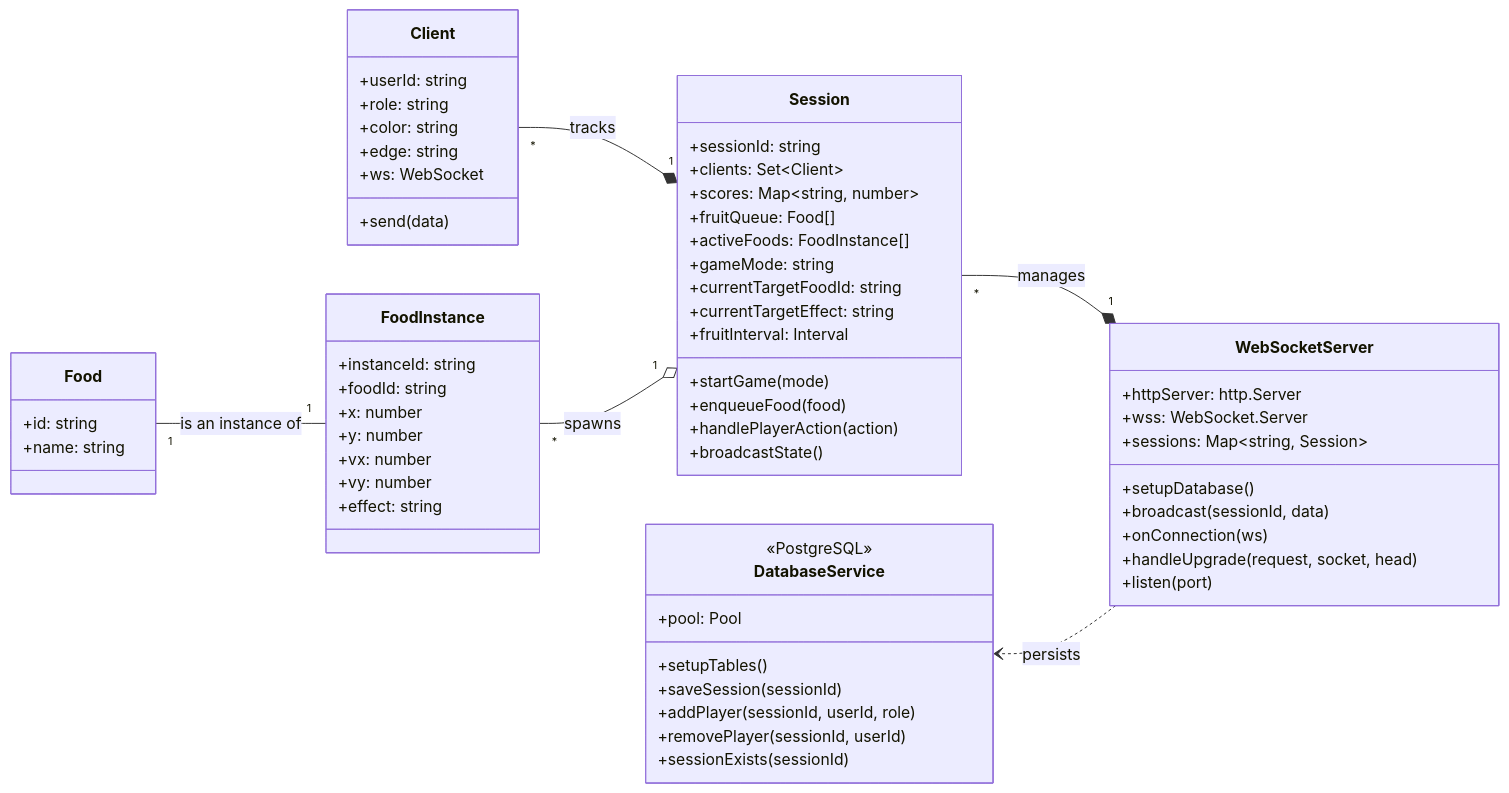
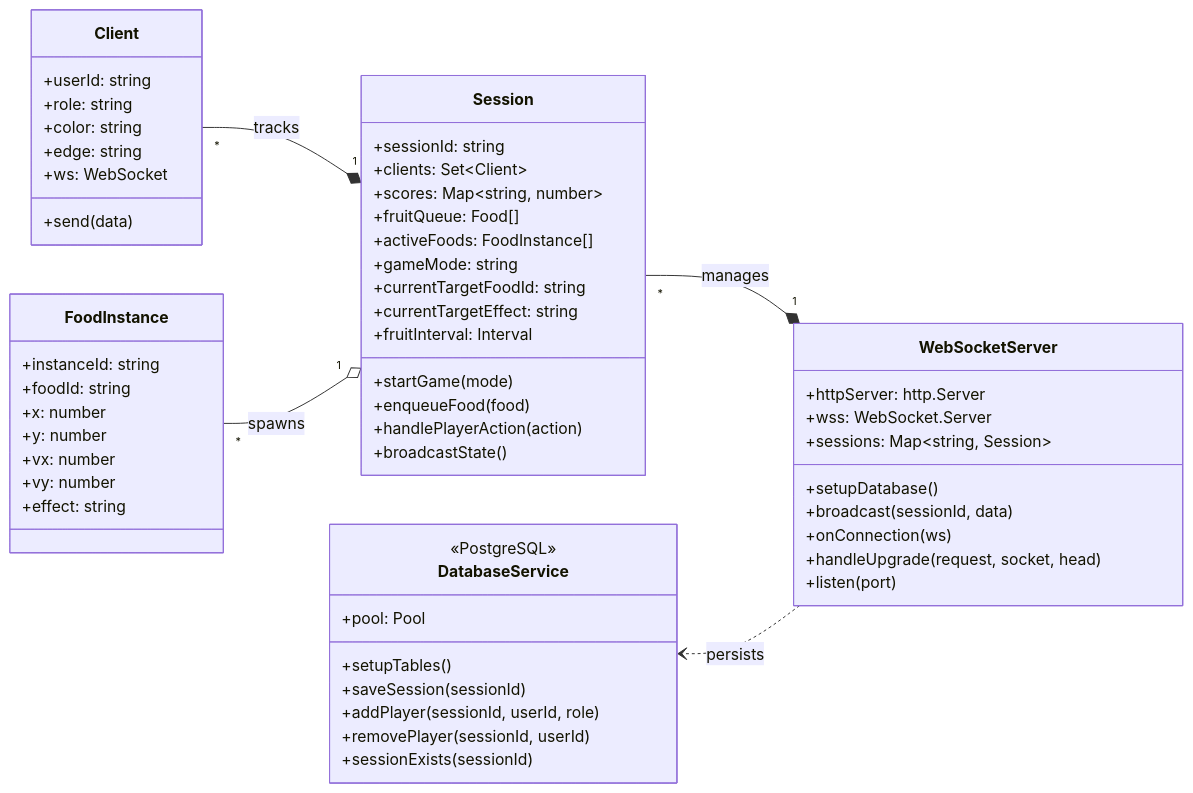
Before and after one commit to tug74295/project-acc-hungry-hippos: the first of 2 diagrams in documentation/docs/system-architecture/class-diagrams.md, drawn with Mermaid. The commit also changed 1 other file, not shown here.

Commit message:
Fix sequence diagram 1 and 2

````diff
--- a/documentation/docs/system-architecture/class-diagrams.md
+++ b/documentation/docs/system-architecture/class-diagrams.md
@@ -9,71 +9,65 @@
 ```mermaid
 classDiagram
     direction RL
 
     class WebSocketServer {
         +httpServer: http.Server
         +wss: WebSocket.Server
         +sessions: Map~string, Session~
         +setupDatabase()
         +broadcast(sessionId, data)
         +onConnection(ws)
         +handleUpgrade(request, socket, head)
         +listen(port)
     }
 
     class Session {
         +sessionId: string
         +clients: Set~Client~
         +scores: Map~string, number~
         +fruitQueue: Food[]
         +activeFoods: FoodInstance[]
         +gameMode: string
         +currentTargetFoodId: string
         +currentTargetEffect: string
         +fruitInterval: Interval
         +startGame(mode)
         +enqueueFood(food)
         +handlePlayerAction(action)
         +broadcastState()
     }
 
     class Client {
         +userId: string
         +role: string
         +color: string
         +edge: string
         +ws: WebSocket
         +send(data)
     }
 
-    class Food {
-        +id: string
-        +name: string
-    }
-
     class FoodInstance {
         +instanceId: string
         +foodId: string
         +x: number
         +y: number
         +vx: number
         +vy: number
         +effect: string
     }
 
     class DatabaseService {
         <<PostgreSQL>>
         +pool: Pool
         +setupTables()
         +saveSession(sessionId)
         +addPlayer(sessionId, userId, role)
         +removePlayer(sessionId, userId)
         +sessionExists(sessionId)
     }
 
     WebSocketServer "1" *-- "*" Session : manages
     Session "1" *-- "*" Client : tracks
     Session "1" o-- "*" FoodInstance : spawns
-    FoodInstance "1" -- "1" Food : is an instance of
     WebSocketServer ..> DatabaseService : persists
 ```
````
